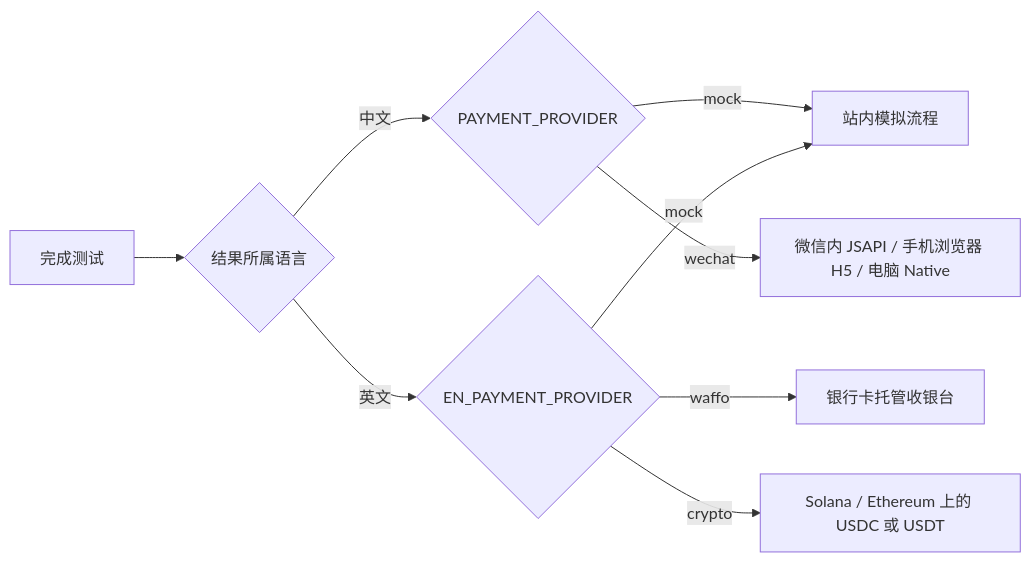
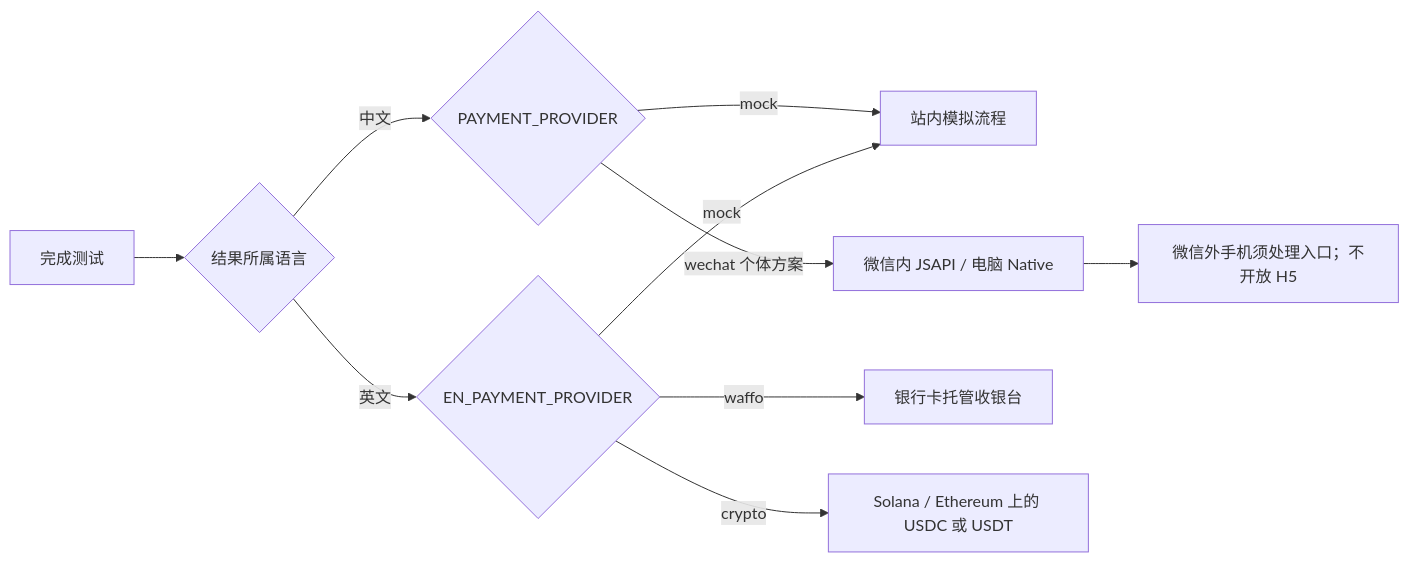
Before and after one commit to posuihushui/mirror-mbti: the first of 5 diagrams in docs/payment-operations.md, drawn with Mermaid. The commit also changed other lines of this file and 26 other files, not shown here.

````diff
--- a/docs/payment-operations.md
+++ b/docs/payment-operations.md
@@ -7,11 +7,12 @@
 ```mermaid
 flowchart LR
   A[完成测试] --> B{结果所属语言}
   B -->|中文| C{PAYMENT_PROVIDER}
   C -->|mock| M[站内模拟流程]
-  C -->|wechat| W[微信内 JSAPI / 手机浏览器 H5 / 电脑 Native]
+  C -->|wechat 个体方案| W[微信内 JSAPI / 电脑 Native]
+  W --> N[微信外手机须处理入口；不开放 H5]
   B -->|英文| D{EN_PAYMENT_PROVIDER}
   D -->|mock| M
   D -->|waffo| F[银行卡托管收银台]
   D -->|crypto| K[Solana / Ethereum 上的 USDC 或 USDT]
 ```
````
